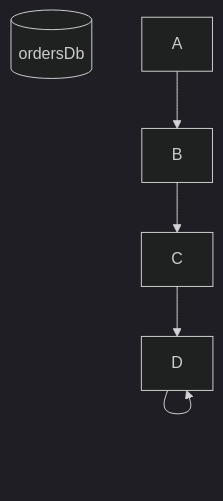
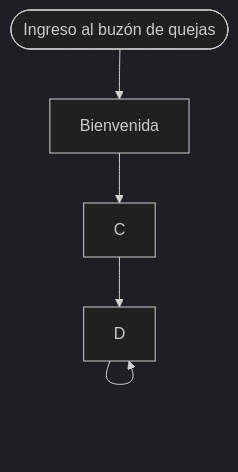
The diagram in README.md (untalmike/mailbox), drawn with Mermaid (dark theme) before and after one commit.

Commit message:
Pruebas con el README

````diff
--- a/README.md
+++ b/README.md
@@ -40,8 +40,7 @@
     ```mermaid
         graph TD;
-            ordersDb[(ordersDb)]
-            A-->B;
-            B-->C;
+            id1([Ingreso al buzón de quejas])-->B;
+            B[Bienvenida]-->C;
             C-->D;
             D-->D;
     ```
````
